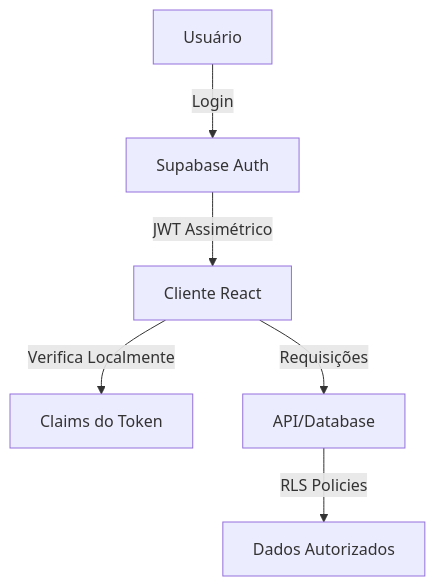
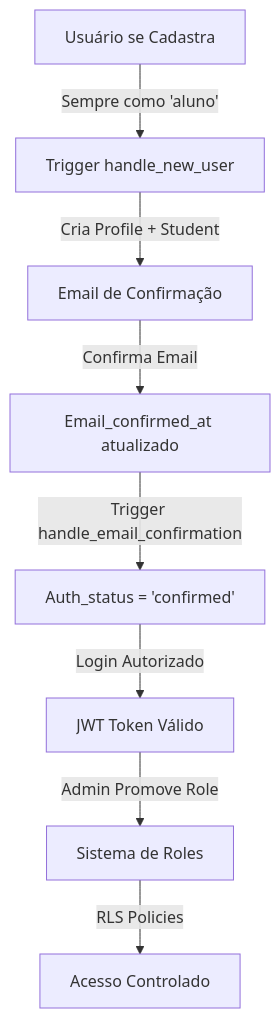
Before and after one commit to Fakini14/vila-danca-aluno-portal: the diagram in docs/auth.md, drawn with Mermaid. The commit also changed other lines of this file and 9 other files, not shown here.

````diff
--- a/docs/auth.md
+++ b/docs/auth.md
@@ -27,8 +27,10 @@
 ```mermaid
 graph TD
-    A[Usuário] -->|Login| B[Supabase Auth]
-    B -->|JWT Assimétrico| C[Cliente React]
-    C -->|Verifica Localmente| D[Claims do Token]
-    C -->|Requisições| E[API/Database]
-    E -->|RLS Policies| F[Dados Autorizados]
+    A[Usuário se Cadastra] -->|Sempre como 'aluno'| B[Trigger handle_new_user]
+    B -->|Cria Profile + Student| C[Email de Confirmação]
+    C -->|Confirma Email| D[Email_confirmed_at atualizado]
+    D -->|Trigger handle_email_confirmation| E[Auth_status = 'confirmed']
+    E -->|Login Autorizado| F[JWT Token Válido]
+    F -->|Admin Promove Role| G[Sistema de Roles]
+    G -->|RLS Policies| H[Acesso Controlado]
 ```
````
